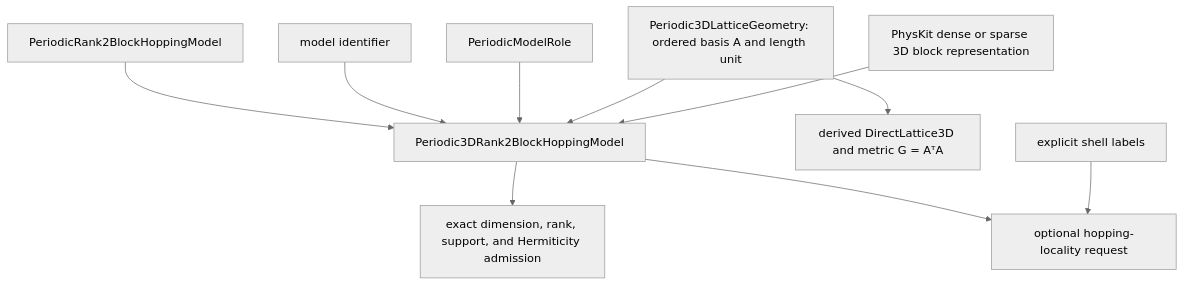
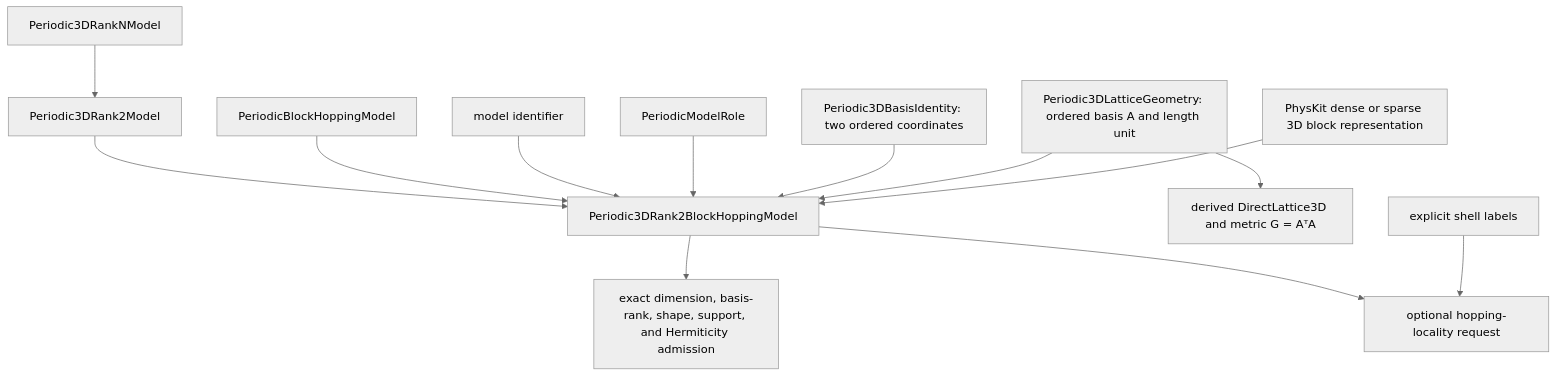
One commit to eragasa/ksdft2effmass changed the diagram in docs/architecture/v3/ksdft2effmass/periodic/periodic3d/rank2/models/Periodic3DRank2BlockHoppingModel/schematics.md. Above: the diagram before and after it, drawn with Mermaid (neutral theme). The commit also changed 83 other files, not shown here.

````diff
--- a/docs/architecture/v3/ksdft2effmass/periodic/periodic3d/rank2/models/Periodic3DRank2BlockHoppingModel/schematics.md
+++ b/docs/architecture/v3/ksdft2effmass/periodic/periodic3d/rank2/models/Periodic3DRank2BlockHoppingModel/schematics.md
@@ -3,12 +3,15 @@
 ```mermaid
 flowchart TD
-    P[PeriodicRank2BlockHoppingModel] --> M[Periodic3DRank2BlockHoppingModel]
+    N[Periodic3DRankNModel] --> Q[Periodic3DRank2Model]
+    Q --> M[Periodic3DRank2BlockHoppingModel]
+    P[PeriodicBlockHoppingModel] --> M
     I[model identifier] --> M
     R[PeriodicModelRole] --> M
+    B[Periodic3DBasisIdentity: two ordered coordinates] --> M
     G[Periodic3DLatticeGeometry: ordered basis A and length unit] --> M
     G --> D[derived DirectLattice3D and metric G = AᵀA]
     H[PhysKit dense or sparse 3D block representation] --> M
-    M --> A[exact dimension, rank, support, and Hermiticity admission]
+    M --> A[exact dimension, basis-rank, shape, support, and Hermiticity admission]
     M --> L[optional hopping-locality request]
     S[explicit shell labels] --> L
 ```
````
